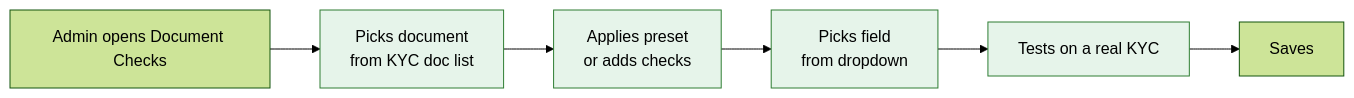
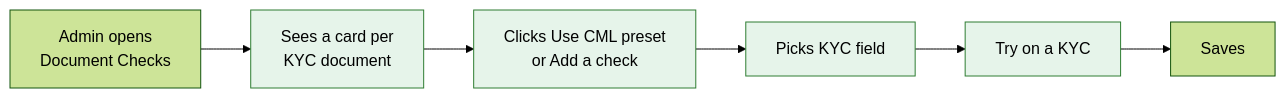
The second of 4 diagrams in openspec/changes/document-checks/proposal.md (sampadadiwan/IRM_CompanyMain), drawn with Mermaid (forest theme) before and after one commit. The commit also changed other lines of this file and 85 other files, not shown here.

First line of the commit message:
Document checks (#1773)

````diff
--- a/openspec/changes/document-checks/proposal.md
+++ b/openspec/changes/document-checks/proposal.md
@@ -81,10 +97,10 @@
 ```mermaid
 flowchart LR
-    A["Admin opens Document Checks"] --> B["Picks document<br/>from KYC doc list"]
-    B --> C["Applies preset<br/>or adds checks"]
-    C --> D["Picks field<br/>from dropdown"]
-    D --> E["Tests on a real KYC"]
+    A["Admin opens<br/>Document Checks"] --> B["Sees a card per<br/>KYC document"]
+    B --> C["Clicks Use CML preset<br/>or Add a check"]
+    C --> D["Picks KYC field"]
+    D --> E["Try on a KYC"]
     E --> F["Saves"]
     classDef new fill:#e6f4ea,stroke:#2e7d32,color:#000
     class B,C,D,E new
 ```
````
